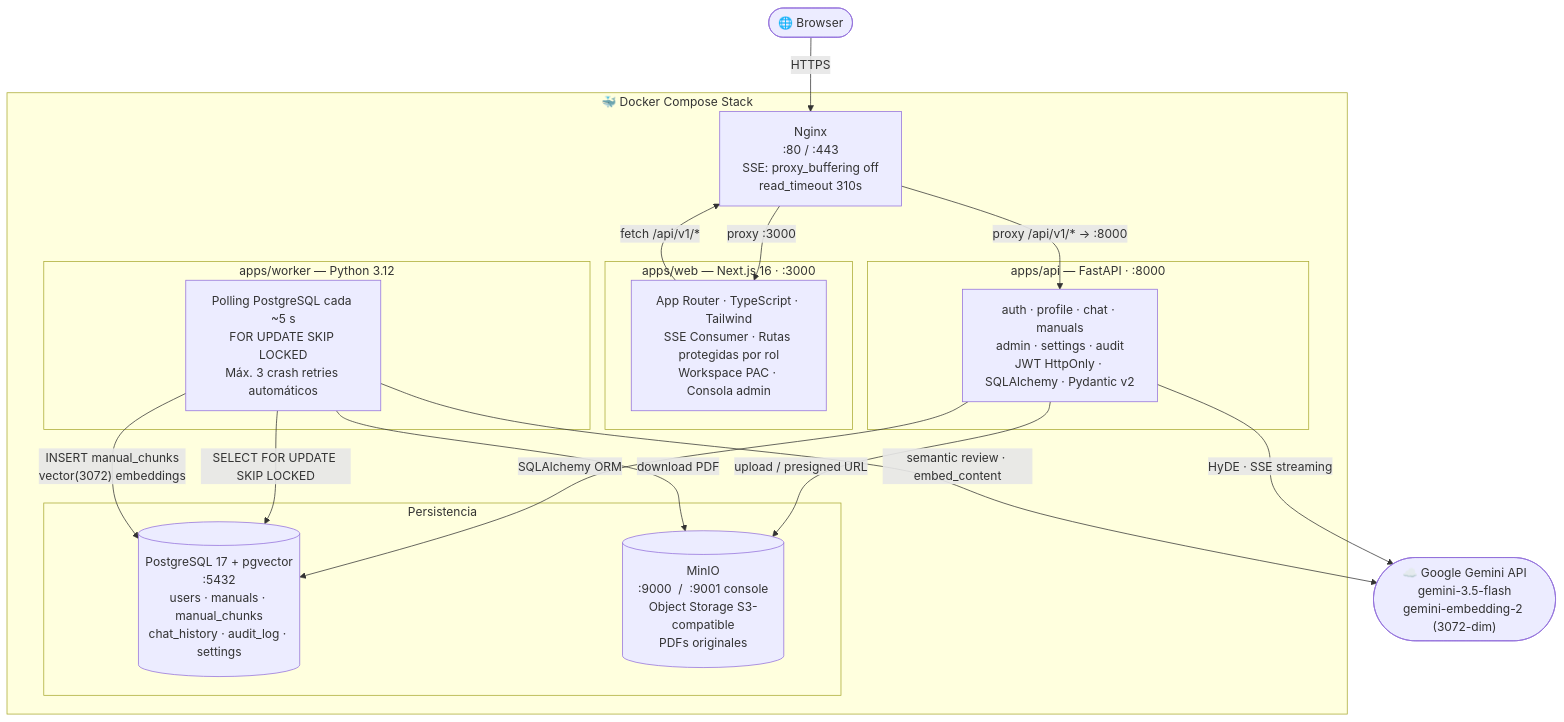
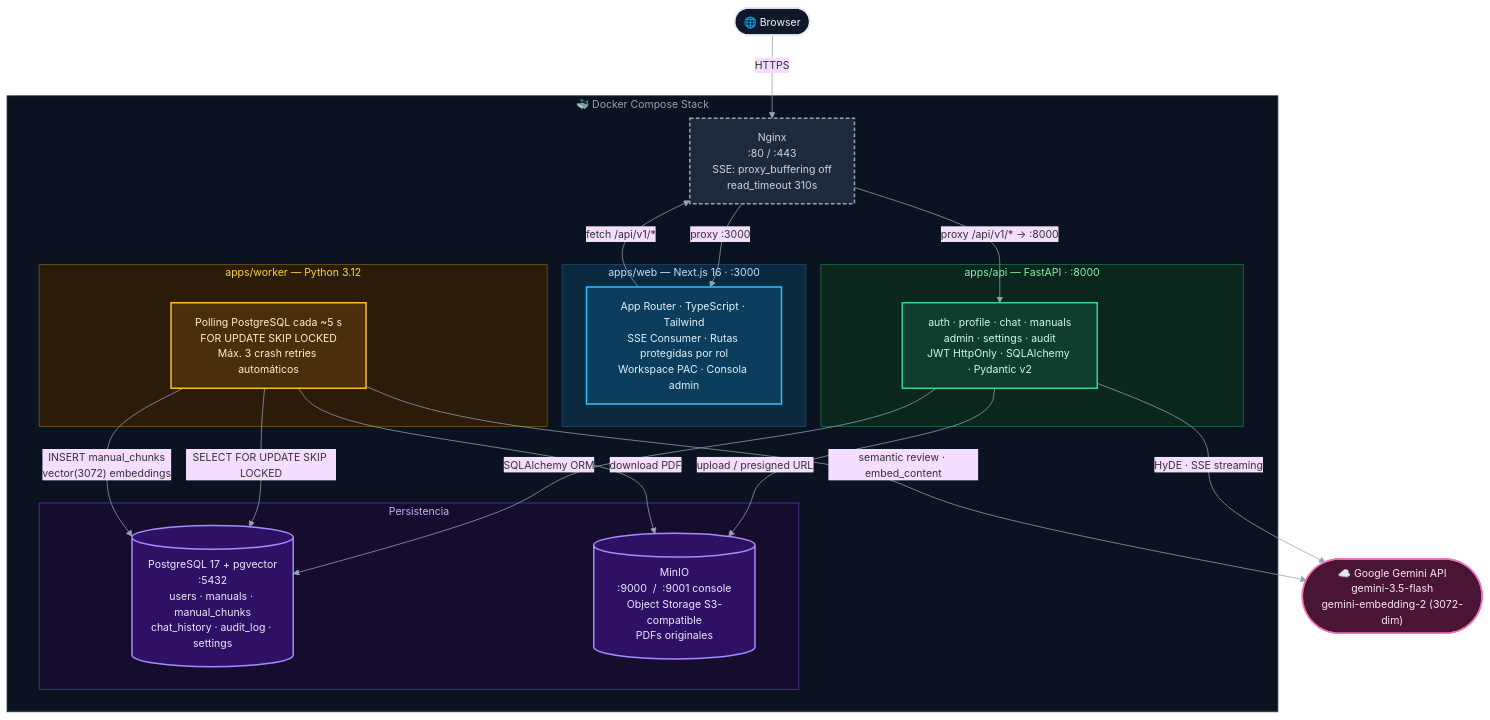
One commit to soviedos/rc7_programming_assistant changed the first of 2 diagrams in README.md. Above: the diagram before and after it, drawn with Mermaid. The commit also changed other lines of this file and 1 other file, not shown here.

First line of the commit message:
docs(architecture): stylize Mermaid diagrams (theme + per-component palette)

````diff
--- a/README.md
+++ b/README.md
@@ -13,39 +13,53 @@
 ```mermaid
+%%{init: {'theme':'base','themeVariables':{'fontFamily':'ui-sans-serif, system-ui','fontSize':'14px','lineColor':'#94a3b8'},'flowchart':{'curve':'basis','nodeSpacing':45,'rankSpacing':60}}}%%
 flowchart TB
-    Browser(["🌐 Browser"])
+    Browser(["🌐 Browser"]):::client
 
     subgraph DockerStack["🐳 Docker Compose Stack"]
-        Nginx["Nginx\n:80 / :443\nSSE: proxy_buffering off\nread_timeout 310s"]
+        Nginx["Nginx\n:80 / :443\nSSE: proxy_buffering off\nread_timeout 310s"]:::prod
 
         subgraph FE["apps/web — Next.js 16  ·  :3000"]
-            NextJS["App Router · TypeScript · Tailwind\nSSE Consumer · Rutas protegidas por rol\nWorkspace PAC · Consola admin"]
+            NextJS["App Router · TypeScript · Tailwind\nSSE Consumer · Rutas protegidas por rol\nWorkspace PAC · Consola admin"]:::frontend
         end
 
         subgraph BE["apps/api — FastAPI  ·  :8000"]
-            FastAPI["auth · profile · chat · manuals\nadmin · settings · audit\nJWT HttpOnly · SQLAlchemy · Pydantic v2"]
+            FastAPI["auth · profile · chat · manuals\nadmin · settings · audit\nJWT HttpOnly · SQLAlchemy · Pydantic v2"]:::backend
         end
 
         subgraph WK["apps/worker — Python 3.12"]
-            Worker["Polling PostgreSQL cada ~5 s\nFOR UPDATE SKIP LOCKED\nMáx. 3 crash retries automáticos"]
+            Worker["Polling PostgreSQL cada ~5 s\nFOR UPDATE SKIP LOCKED\nMáx. 3 crash retries automáticos"]:::worker
         end
 
         subgraph DB["Persistencia"]
-            PG[("PostgreSQL 17 + pgvector\n:5432\nusers · manuals · manual_chunks\nchat_history · audit_log · settings")]
-            MinIO[("MinIO\n:9000  /  :9001 console\nObject Storage S3-compatible\nPDFs originales")]
+            PG[("PostgreSQL 17 + pgvector\n:5432\nusers · manuals · manual_chunks\nchat_history · audit_log · settings")]:::data
+            MinIO[("MinIO\n:9000  /  :9001 console\nObject Storage S3-compatible\nPDFs originales")]:::data
         end
     end
 
-    Gemini(["☁️ Google Gemini API\ngemini-3.5-flash\ngemini-embedding-2 (3072-dim)"])
+    Gemini(["☁️ Google Gemini API\ngemini-3.5-flash\ngemini-embedding-2 (3072-dim)"]):::external
 
     Browser -->|HTTPS| Nginx
     Nginx -->|proxy :3000| NextJS
     Nginx -->|"proxy /api/v1/*  →  :8000"| FastAPI
     NextJS -->|"fetch /api/v1/*"| Nginx
     FastAPI -->|"SQLAlchemy ORM"| PG
     FastAPI -->|"upload / presigned URL"| MinIO
     FastAPI -->|"HyDE · SSE streaming"| Gemini
     Worker -->|"SELECT FOR UPDATE SKIP LOCKED"| PG
     Worker -->|"download PDF"| MinIO
     Worker -->|"semantic review · embed_content"| Gemini
     Worker -->|"INSERT manual_chunks\nvector(3072) embeddings"| PG
+
+    classDef client fill:#0f172a,stroke:#e2e8f0,stroke-width:2px,color:#f1f5f9
+    classDef frontend fill:#0b3d5c,stroke:#38bdf8,stroke-width:2px,color:#e0f2fe
+    classDef backend fill:#0f3d2e,stroke:#34d399,stroke-width:2px,color:#d1fae5
+    classDef worker fill:#4a2f0a,stroke:#fbbf24,stroke-width:2px,color:#fef3c7
+    classDef data fill:#2e1065,stroke:#a78bfa,stroke-width:2px,color:#ede9fe
+    classDef external fill:#4a1535,stroke:#f472b6,stroke-width:2px,color:#fce7f3
+    classDef prod fill:#1e293b,stroke:#94a3b8,stroke-width:2px,color:#cbd5e1,stroke-dasharray:5 3
+    style DockerStack fill:#0b1220,stroke:#334155,color:#94a3b8
+    style FE fill:#0c2a3f,stroke:#1e4e6b,color:#bae6fd
+    style BE fill:#0b261c,stroke:#1f6f52,color:#86efac
+    style WK fill:#2a1c08,stroke:#7a5a16,color:#fcd34d
+    style DB fill:#160c2e,stroke:#5b3aa6,color:#c4b5fd
 ```
````
